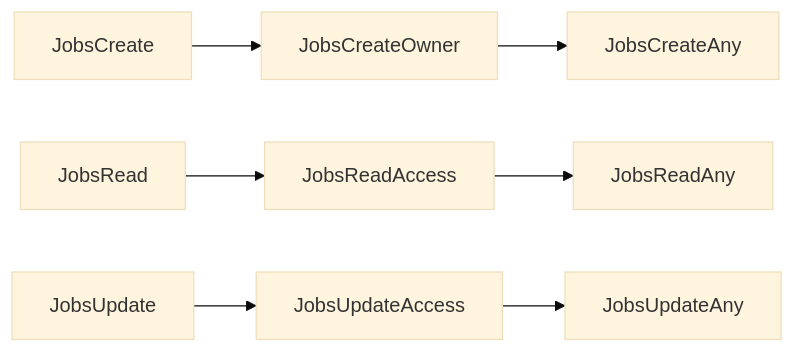
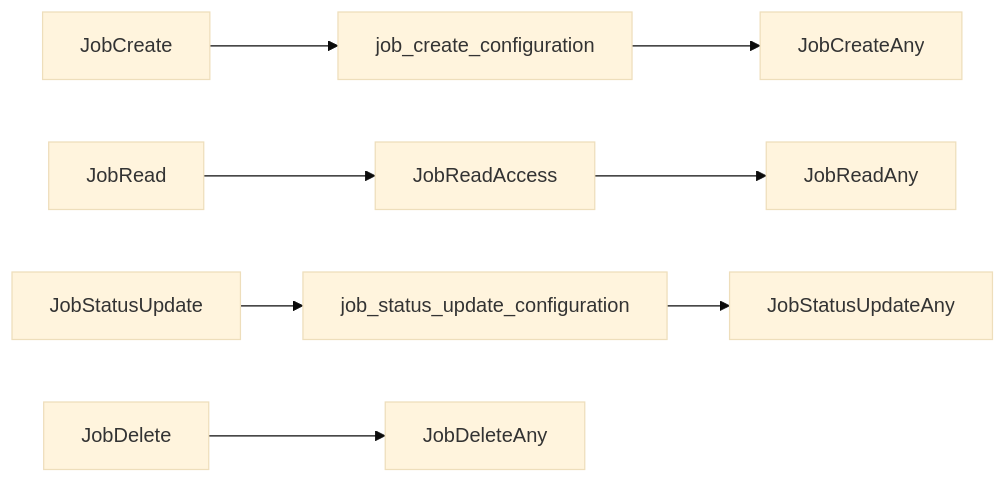
Before and after one commit to SciCatProject/documentation: the diagram in Development/v4.x/backend/authorization/authorization_jobs.md, drawn with Mermaid (base theme). The commit also changed other lines of this file, not shown here.

Commit message:
first draft of the jobs authorization

````diff
--- a/Development/v4.x/backend/authorization/authorization_jobs.md
+++ b/Development/v4.x/backend/authorization/authorization_jobs.md
@@ -20,9 +22,10 @@
 ```mermaid
 graph LR;
-    JobsCreate-->JobsCreateOwner;
-    JobsCreateOwner-->JobsCreateAny;
-    JobsRead-->JobsReadAccess;
-    JobsReadAccess-->JobsReadAny;
-    JobsUpdate-->JobsUpdateAccess;
-    JobsUpdateAccess-->JobsUpdateAny;
+    JobCreate-->job_create_configuration;
+    job_create_configuration-->JobCreateAny;
+    JobRead-->JobReadAccess;
+    JobReadAccess-->JobReadAny;
+    JobStatusUpdate-->job_status_update_configuration;
+    job_status_update_configuration-->JobStatusUpdateAny;
+    JobDelete-->JobDeleteAny;
 ```
````
